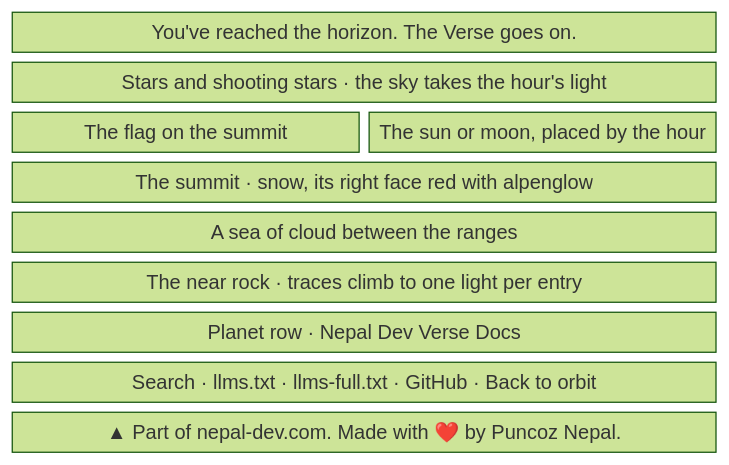
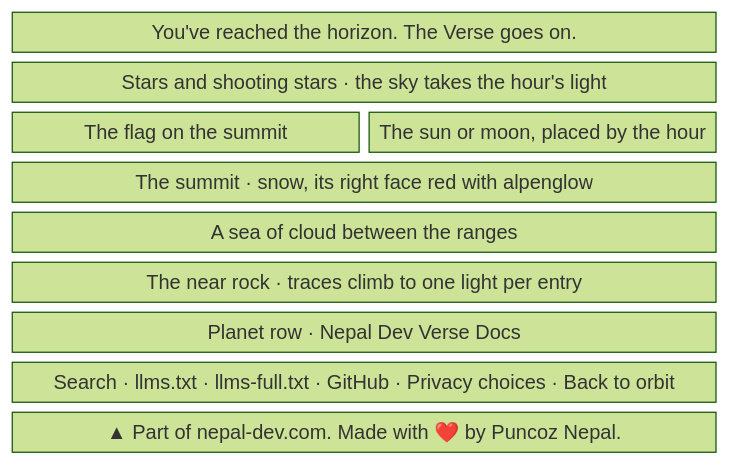
The second of 3 diagrams in content/docs/maintain/app-flow/himalayan-horizon.mdx (nepal-dev-com/docs.nepal-dev.com), drawn with Mermaid (forest theme) before and after one commit. The commit also changed 57 other files, not shown here.

````diff
--- a/content/docs/maintain/app-flow/himalayan-horizon.mdx
+++ b/content/docs/maintain/app-flow/himalayan-horizon.mdx
@@ -51,13 +51,13 @@
 ```mermaid
 block-beta
   columns 4
   closing["You've reached the horizon. The Verse goes on."]:4
   sky["Stars and shooting stars · the sky takes the hour's light"]:4
   flag["The flag on the summit"]:2 body["The sun or moon, placed by the hour"]:2
   peak["The summit · snow, its right face red with alpenglow"]:4
   sea["A sea of cloud between the ranges"]:4
   rock["The near rock · traces climb to one light per entry"]:4
   planets["Planet row · Nepal Dev Verse Docs"]:4
-  links["Search · llms.txt · llms-full.txt · GitHub · Back to orbit"]:4
+  links["Search · llms.txt · llms-full.txt · GitHub · Privacy choices · Back to orbit"]:4
   credit["▲ Part of nepal-dev.com. Made with ❤️ by Puncoz Nepal."]:4
 ```
````
